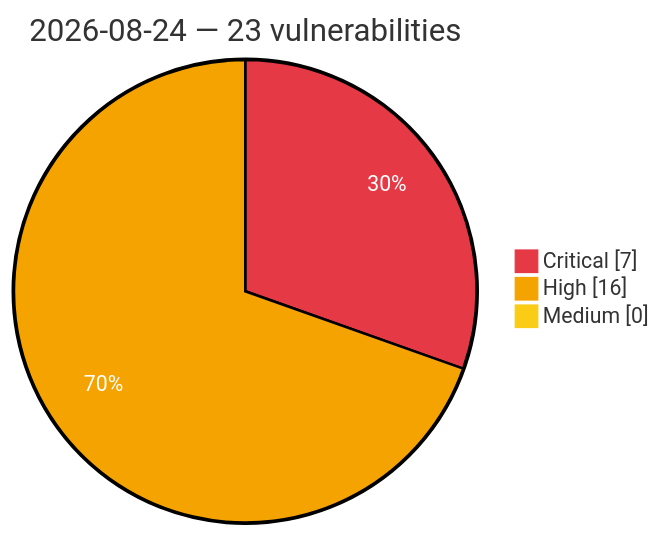
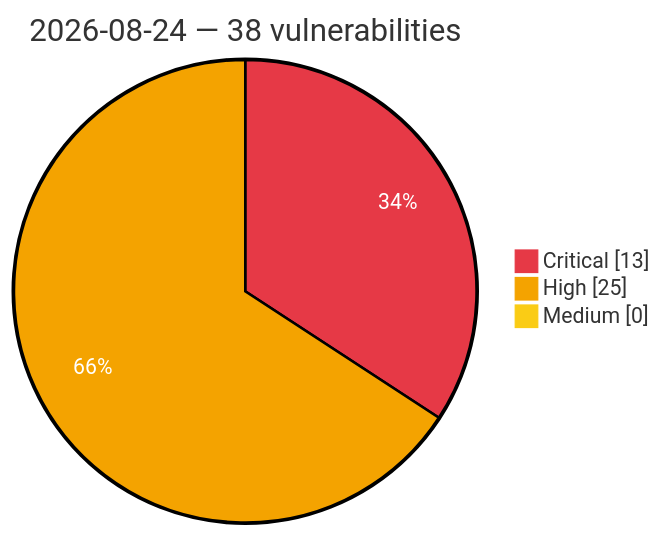
Before and after one commit to GhostX0X/vuln-tracker: the diagram in vulnerabilities/2026/August/2026-08-24.md, drawn with Mermaid. The commit also changed other lines of this file and 5 other files, not shown here.

Commit message:
Auto update: critical/high vulns (2026-08-24 12:03 UTC)

````diff
--- a/vulnerabilities/2026/August/2026-08-24.md
+++ b/vulnerabilities/2026/August/2026-08-24.md
@@ -3,8 +3,8 @@
 ```mermaid
 %%{init: {'theme':'base', 'themeVariables': {'pie1':'#e63946', 'pie2':'#f4a300', 'pie3':'#facc15', 'pieOpacity':'1', 'pieOuterStrokeWidth':'2px', 'pieSectionTextColor':'#ffffff'}}}%%
 pie showData
-    title 2026-08-24 — 23 vulnerabilities
-    "Critical" : 7
-    "High" : 16
+    title 2026-08-24 — 38 vulnerabilities
+    "Critical" : 13
+    "High" : 25
     "Medium" : 0
 ```
````
